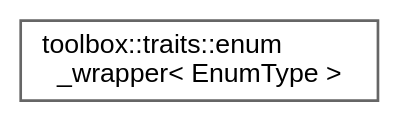
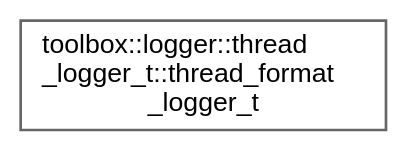
Before and after one commit to nerdneilsfield/cpp-toolbox: the diagram in inherit_graph_35.dot, drawn with Graphviz. The commit also changed 348 other files, not shown here.

```diff
--- a/inherit_graph_35.dot
+++ b/inherit_graph_35.dot
@@ -1,9 +1,9 @@
 digraph "Graphical Class Hierarchy"
 {
  // LATEX_PDF_SIZE
   bgcolor="transparent";
   edge [fontname=Helvetica,fontsize=10,labelfontname=Helvetica,labelfontsize=10];
   node [fontname=Helvetica,fontsize=10,shape=box,height=0.2,width=0.4];
   rankdir="LR";
-  Node0 [id="Node000000",label="toolbox::traits::enum\l_wrapper\< EnumType \>",height=0.2,width=0.4,color="grey40", fillcolor="white", style="filled",URL="$classtoolbox_1_1traits_1_1enum__wrapper.html",tooltip="类型安全的枚举包装器/Type-safe enum wrapper"];
+  Node0 [id="Node000000",label="toolbox::logger::thread\l_logger_t::thread_format\l_logger_t",height=0.2,width=0.4,color="grey40", fillcolor="white", style="filled",URL="$classtoolbox_1_1logger_1_1thread__logger__t_1_1thread__format__logger__t.html",tooltip="基于格式的日志记录器,用于printf风格的消息格式化 / Format-based logger for printf-style message formatting"];
 }
```
